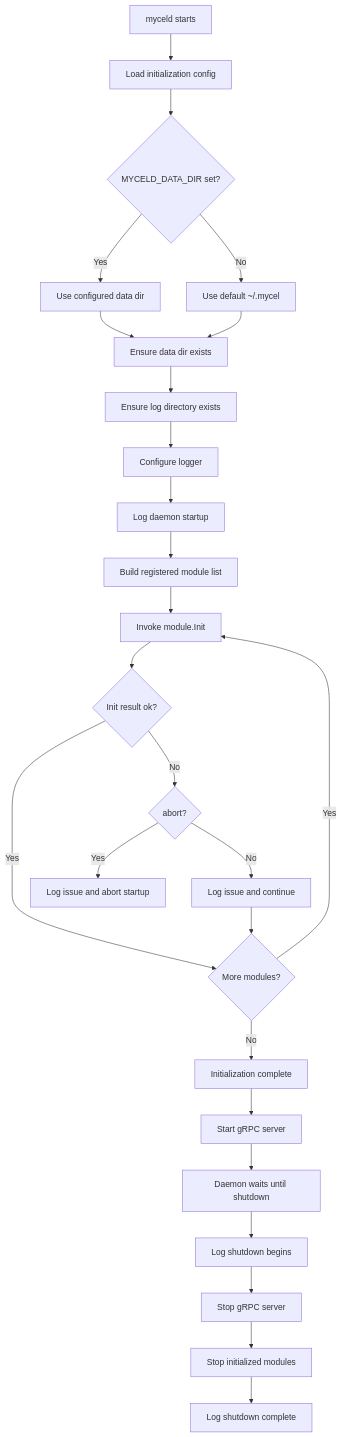
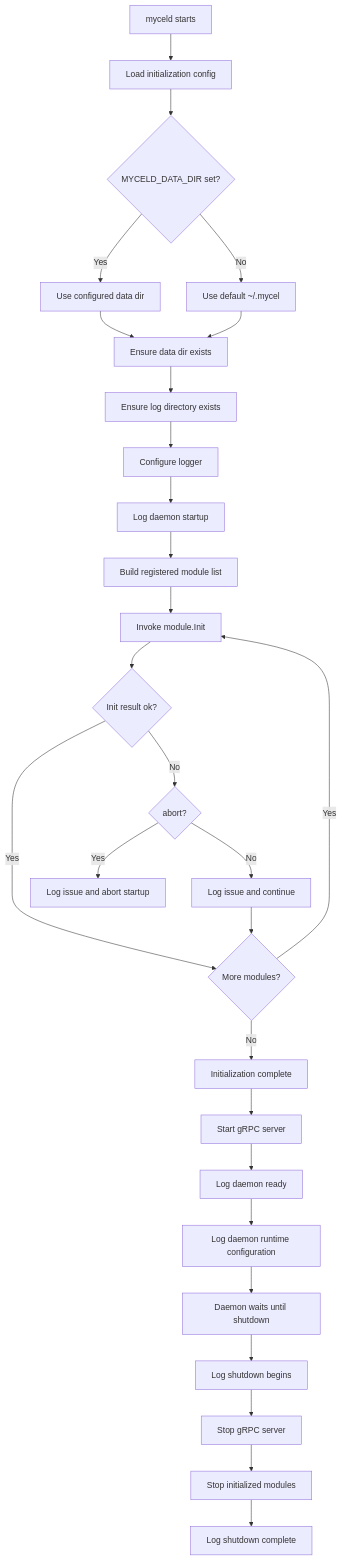
Before and after one commit to MycelDB/mycel: the first of 2 diagrams in docs/v2/design/initialization.md, drawn with Mermaid. The commit also changed other lines of this file and 2 other files, not shown here.

Commit message:
chore: log daemon runtime configuration

````diff
--- a/docs/v2/design/initialization.md
+++ b/docs/v2/design/initialization.md
@@ -204,28 +206,30 @@
 ```mermaid
 flowchart TD
   A[myceld starts] --> B[Load initialization config]
   B --> C{MYCELD_DATA_DIR set?}
   C -- Yes --> D[Use configured data dir]
   C -- No --> E[Use default ~/.mycel]
   D --> F[Ensure data dir exists]
   E --> F
   F --> G[Ensure log directory exists]
   G --> H[Configure logger]
   H --> I[Log daemon startup]
   I --> J[Build registered module list]
   J --> K[Invoke module.Init]
   K --> L{Init result ok?}
   L -- Yes --> M{More modules?}
   L -- No --> N{abort?}
   N -- Yes --> O[Log issue and abort startup]
   N -- No --> P[Log issue and continue]
   P --> M
   M -- Yes --> K
   M -- No --> Q[Initialization complete]
   Q --> R[Start gRPC server]
-  R --> S[Daemon waits until shutdown]
-  S --> T[Log shutdown begins]
-  T --> U[Stop gRPC server]
-  U --> V[Stop initialized modules]
-  V --> W[Log shutdown complete]
+  R --> S[Log daemon ready]
+  S --> T[Log daemon runtime configuration]
+  T --> U[Daemon waits until shutdown]
+  U --> V[Log shutdown begins]
+  V --> W[Stop gRPC server]
+  W --> X[Stop initialized modules]
+  X --> Y[Log shutdown complete]
 ```
````
